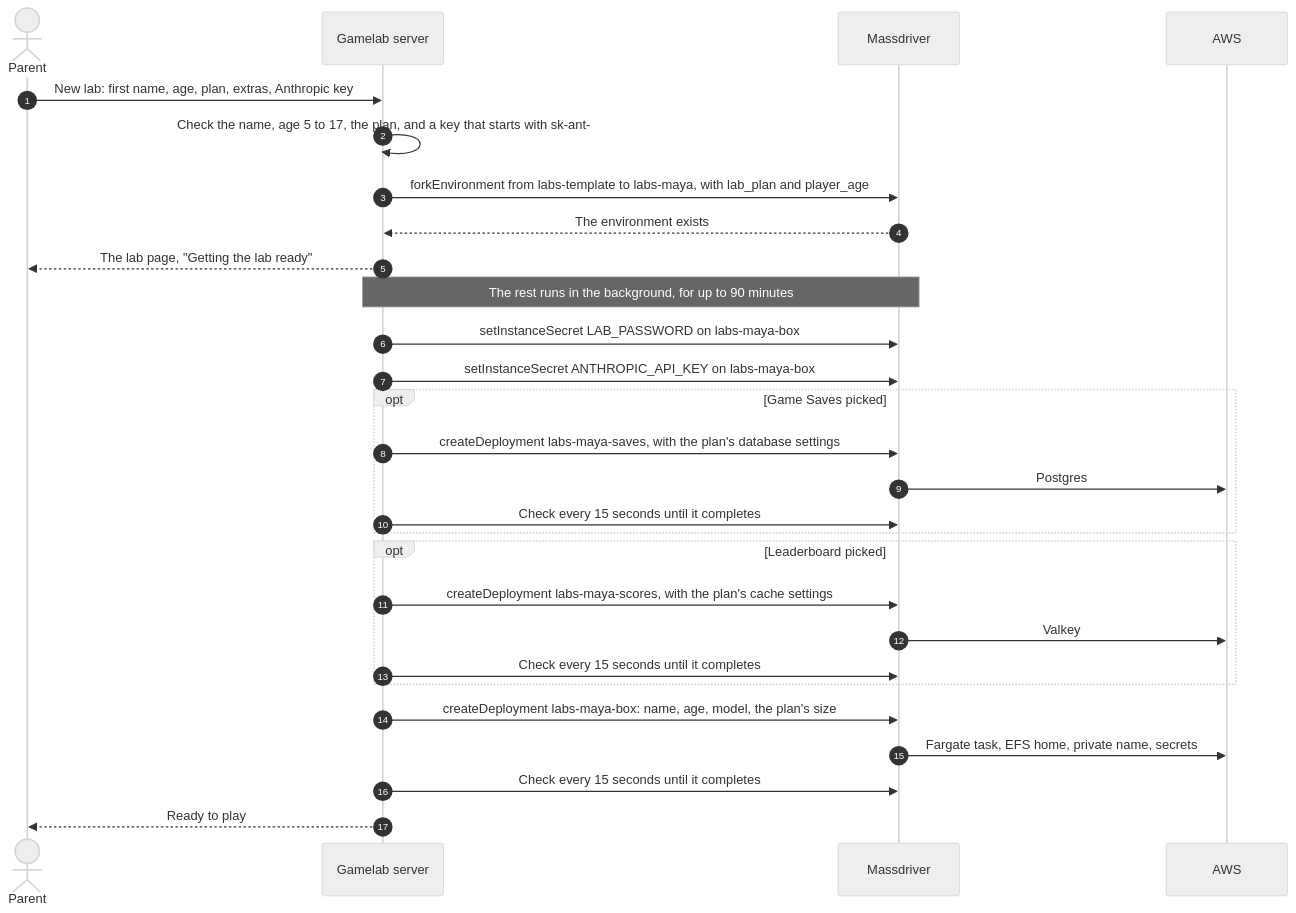
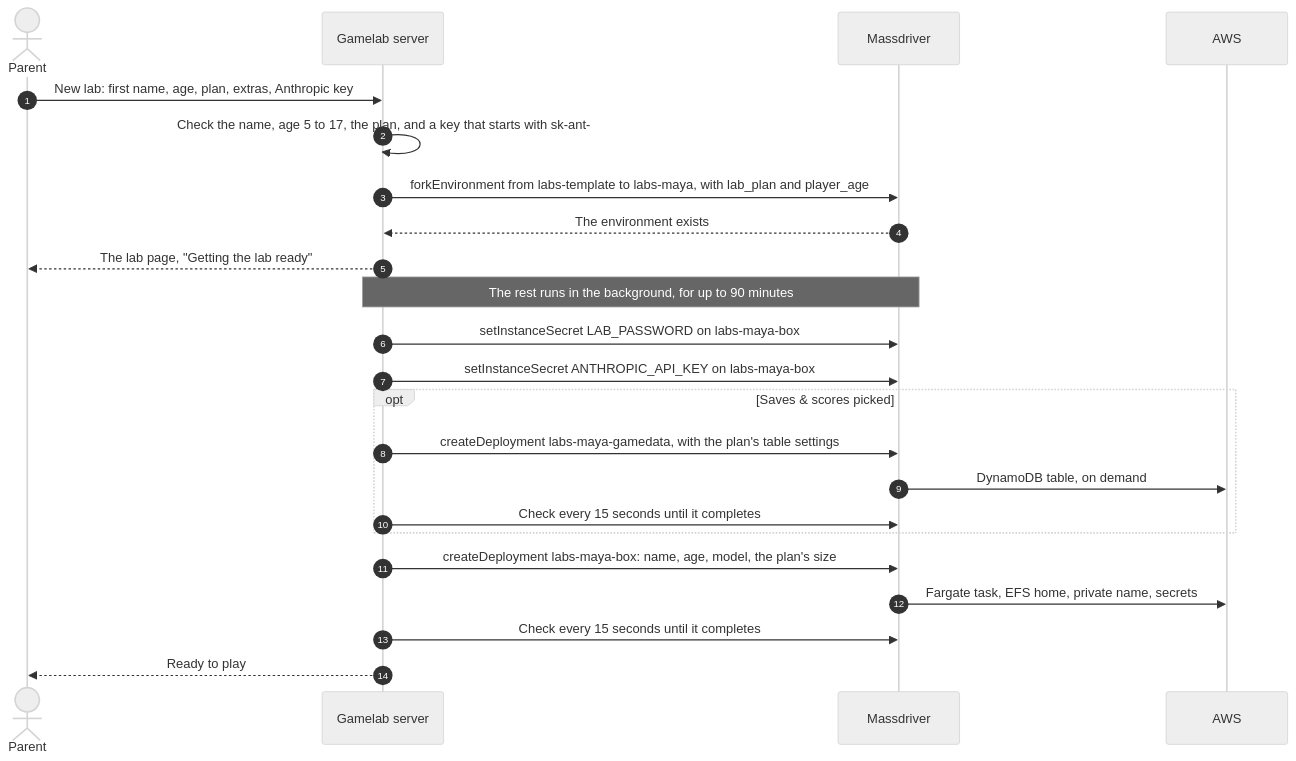
The fourth of 9 diagrams in examples/gamelab/README.md (massdriver-catalogs/aws), drawn with Mermaid (neutral theme) before and after one commit. The commit also changed other lines of this file, not shown here.

Commit message:
Show saves, high scores and sleeping labs in the Gamelab guide

````diff
--- a/examples/gamelab/README.md
+++ b/examples/gamelab/README.md
@@ -106,31 +105,26 @@
 ```mermaid
 sequenceDiagram
   autonumber
   actor parent as Parent
   participant server as Gamelab server
   participant md as Massdriver
   participant aws as AWS
 
   parent->>server: New lab: first name, age, plan, extras, Anthropic key
   server->>server: Check the name, age 5 to 17, the plan, and a key that starts with sk-ant-
   server->>md: forkEnvironment from labs-template to labs-maya, with lab_plan and player_age
   md-->>server: The environment exists
   server-->>parent: The lab page, "Getting the lab ready"
   Note over server,md: The rest runs in the background, for up to 90 minutes
   server->>md: setInstanceSecret LAB_PASSWORD on labs-maya-box
   server->>md: setInstanceSecret ANTHROPIC_API_KEY on labs-maya-box
-  opt Game Saves picked
-    server->>md: createDeployment labs-maya-saves, with the plan's database settings
-    md->>aws: Postgres
-    server->>md: Check every 15 seconds until it completes
-  end
-  opt Leaderboard picked
-    server->>md: createDeployment labs-maya-scores, with the plan's cache settings
-    md->>aws: Valkey
+  opt Saves & scores picked
+    server->>md: createDeployment labs-maya-gamedata, with the plan's table settings
+    md->>aws: DynamoDB table, on demand
     server->>md: Check every 15 seconds until it completes
   end
   server->>md: createDeployment labs-maya-box: name, age, model, the plan's size
   md->>aws: Fargate task, EFS home, private name, secrets
   server->>md: Check every 15 seconds until it completes
   server-->>parent: Ready to play
 ```
````
